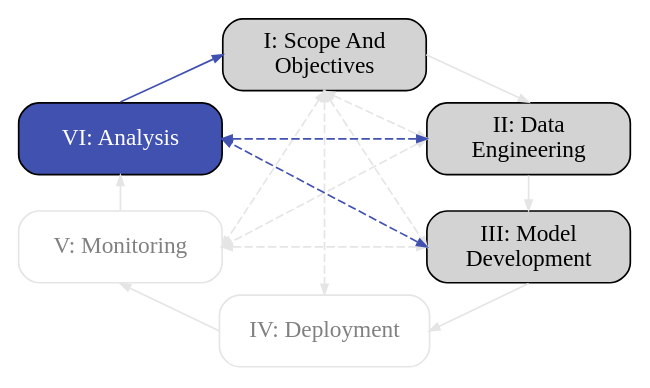
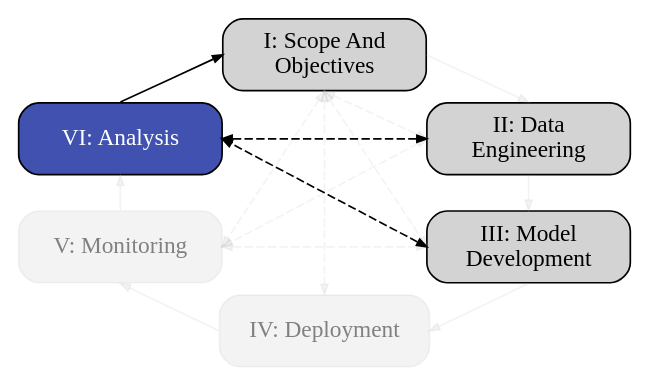
One commit to aria-ml/dataeval changed the seventh of 7 diagrams in docs/ml_lifecycle.rst. Above: the diagram before and after it, drawn with Graphviz. The commit also changed other lines of this file and 2 other files, not shown here.

```diff
--- a/docs/ml_lifecycle.rst
+++ b/docs/ml_lifecycle.rst
@@ -325,30 +325,30 @@
 .. graphviz::
    
    digraph flowchart {
       node [shape=box,width=1.7,height=0.6]
       edge [arrowsize=0.6]
       layout="neato"
 
       1 [label="I: Scope And\nObjectives",style="rounded,filled",pos="1.7,2.5!",xref=":ref:`scope-objectives`"]
       2 [label="II: Data\nEngineering",style="rounded,filled",pos="3.4,1.8!",xref=":ref:`data-engineering`"]
       3 [label="III: Model\nDevelopment",style="rounded,filled",pos="3.4,0.9!",xref=":ref:`model-development`"]
-      4 [label="IV: Deployment",style="rounded,filled",pos="1.7,0.2!",xref=":ref:`deployment`",fontcolor="gray",color="gray90",fillcolor="white"]
-      5 [label="V: Monitoring",style="rounded,filled",pos="0.0,0.9!",xref=":ref:`monitoring`",fontcolor="gray",color="gray90",fillcolor="white"]
+      4 [label="IV: Deployment",style="rounded,filled",pos="1.7,0.2!",xref=":ref:`deployment`",fontcolor="gray",color="#C0C0C030",fillcolor="#C0C0C030"]
+      5 [label="V: Monitoring",style="rounded,filled",pos="0.0,0.9!",xref=":ref:`monitoring`",fontcolor="gray",color="#C0C0C030",fillcolor="#C0C0C030"]
       6 [label="VI: Analysis",style="rounded,filled",pos="0.0,1.8!",fillcolor="#4151B0",fontcolor="white"]
       
-      1:e->2:n [color="gray90"]
-      2:s->3:n [color="gray90"]
-      3:s->4:e [color="gray90"]
-      4:w->5:s [color="gray90"]
-      5:n->6:s [color="gray90"]
-      6:n->1:w [color="#4151B0"]
+      1:e->2:n [color="#C0C0C030",fillcolor="#C0C0C030"]
+      2:s->3:n [color="#C0C0C030",fillcolor="#C0C0C030"]
+      3:s->4:e [color="#C0C0C030",fillcolor="#C0C0C030"]
+      4:w->5:s [color="#C0C0C030",fillcolor="#C0C0C030"]
+      5:n->6:s [color="#C0C0C030",fillcolor="#C0C0C030"]
+      6:n->1:w
 
-      1:s->3:w [dir=both,style=dashed,color="gray90"]
-      1:s->4:n [dir=both,style=dashed,color="gray90"]
-      1:s->5:e [dir=both,style=dashed,color="gray90"]
-      1:s->2:w [dir=both,style=dashed,color="gray90"]
-      2:w->5:e [dir=both,style=dashed,color="gray90"]
-      2:w->6:e [dir=both,style=dashed,color="#4151B0"]
-      3:w->5:e [dir=both,style=dashed,color="gray90"]
-      3:w->6:e [dir=both,style=dashed,color="#4151B0"]
+      1:s->3:w [dir=both,style=dashed,color="#C0C0C030",fillcolor="#C0C0C030"]
+      1:s->4:n [dir=both,style=dashed,color="#C0C0C030",fillcolor="#C0C0C030"]
+      1:s->5:e [dir=both,style=dashed,color="#C0C0C030",fillcolor="#C0C0C030"]
+      1:s->2:w [dir=both,style=dashed,color="#C0C0C030",fillcolor="#C0C0C030"]
+      2:w->5:e [dir=both,style=dashed,color="#C0C0C030",fillcolor="#C0C0C030"]
+      2:w->6:e [dir=both,style=dashed]
+      3:w->5:e [dir=both,style=dashed,color="#C0C0C030",fillcolor="#C0C0C030"]
+      3:w->6:e [dir=both,style=dashed]
    }
```
